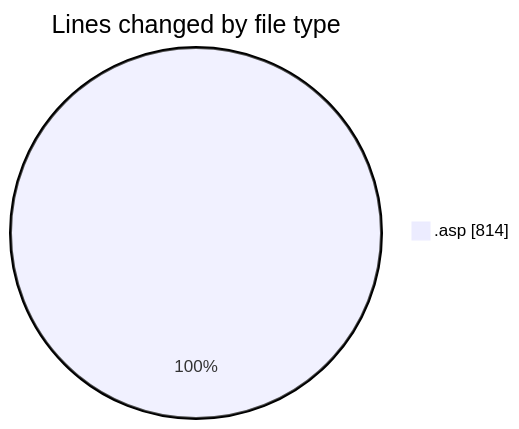
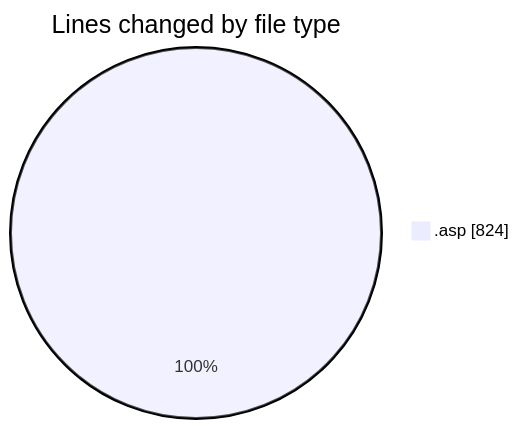
The first of 2 diagrams in 2025-10-28/usr_aleoudev_fr__workspace_/README.md (julien-gomy/code-tracking), drawn with Mermaid before and after one commit. The commit also changed other lines of this file and 1 other file, not shown here.

````diff
--- a/2025-10-28/usr_aleoudev_fr__workspace_/README.md
+++ b/2025-10-28/usr_aleoudev_fr__workspace_/README.md
@@ -23,5 +23,5 @@
 ```mermaid
 pie showData
 title Lines changed by file type
-".asp" : 814
+".asp" : 824
 ```
````
